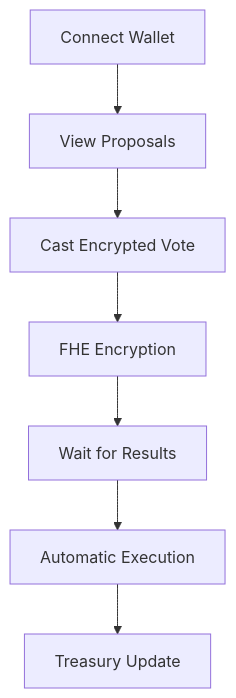
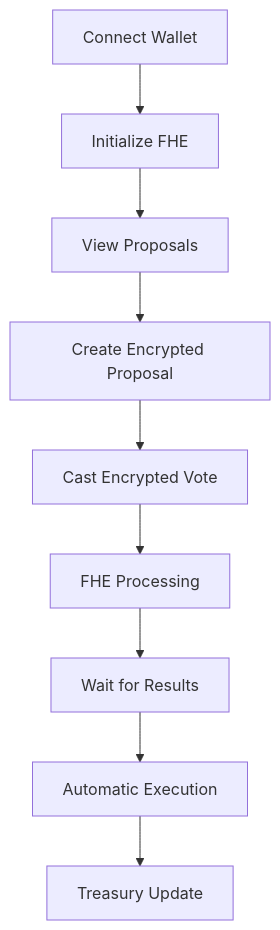
The diagram in README.md (Eva-Rodriguez-Bug/cipher-dao-spend), drawn with Mermaid before and after one commit. The commit also changed other lines of this file and 21 other files, not shown here.

````diff
--- a/README.md
+++ b/README.md
@@ -70,9 +80,11 @@
 ```mermaid
 graph TD
-    A[Connect Wallet] --> B[View Proposals]
-    B --> C[Cast Encrypted Vote]
-    C --> D[FHE Encryption]
-    D --> E[Wait for Results]
-    E --> F[Automatic Execution]
-    F --> G[Treasury Update]
+    A[Connect Wallet] --> B[Initialize FHE]
+    B --> C[View Proposals]
+    C --> D[Create Encrypted Proposal]
+    D --> E[Cast Encrypted Vote]
+    E --> F[FHE Processing]
+    F --> G[Wait for Results]
+    G --> H[Automatic Execution]
+    H --> I[Treasury Update]
 ```
````
